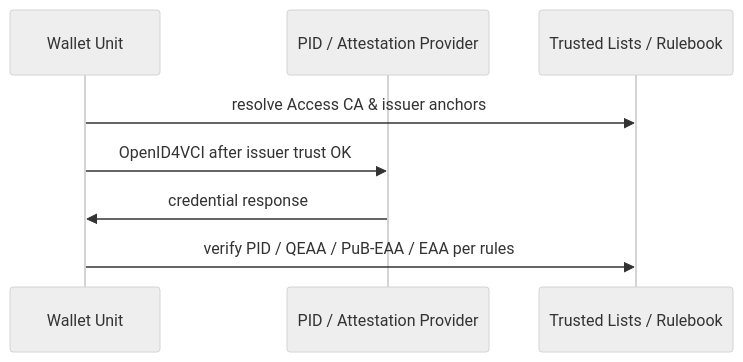
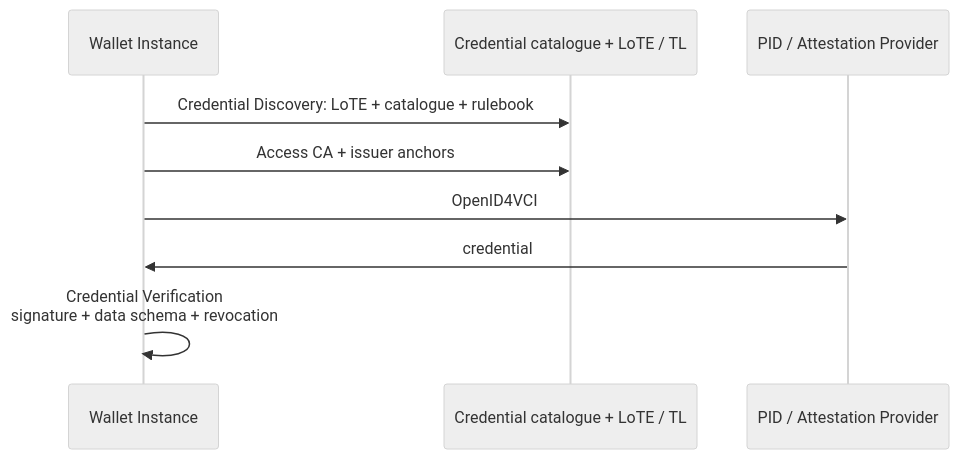
Before and after one commit to peppelinux/Wallet-Presentations: the diagram in trust-management-eudi-wallet/diagrams/d09-issuing.mmd, drawn with Mermaid. The commit also changed other lines of this file and 3 other files, not shown here.

```diff
--- a/trust-management-eudi-wallet/diagrams/d09-issuing.mmd
+++ b/trust-management-eudi-wallet/diagrams/d09-issuing.mmd
@@ -1,9 +1,10 @@
 %%{init: {'theme': 'neutral', 'themeVariables': { 'fontSize': '17px'}}}%%
 sequenceDiagram
-  participant W as Wallet Unit
+  participant W as Wallet Instance
+  participant T as Credential catalogue + LoTE / TL
   participant I as PID / Attestation Provider
-  participant TL as Trusted Lists / Rulebook
-  W->>TL: resolve Access CA & issuer anchors
-  W->>I: OpenID4VCI after issuer trust OK
-  I->>W: credential response
-  W->>TL: verify PID / QEAA / PuB-EAA / EAA per rules
+  W->>T: Credential Discovery: LoTE + catalogue + rulebook
+  W->>T: Access CA + issuer anchors
+  W->>I: OpenID4VCI
+  I->>W: credential
+  W->>W: Credential Verification<br>signature + data schema + revocation
```
